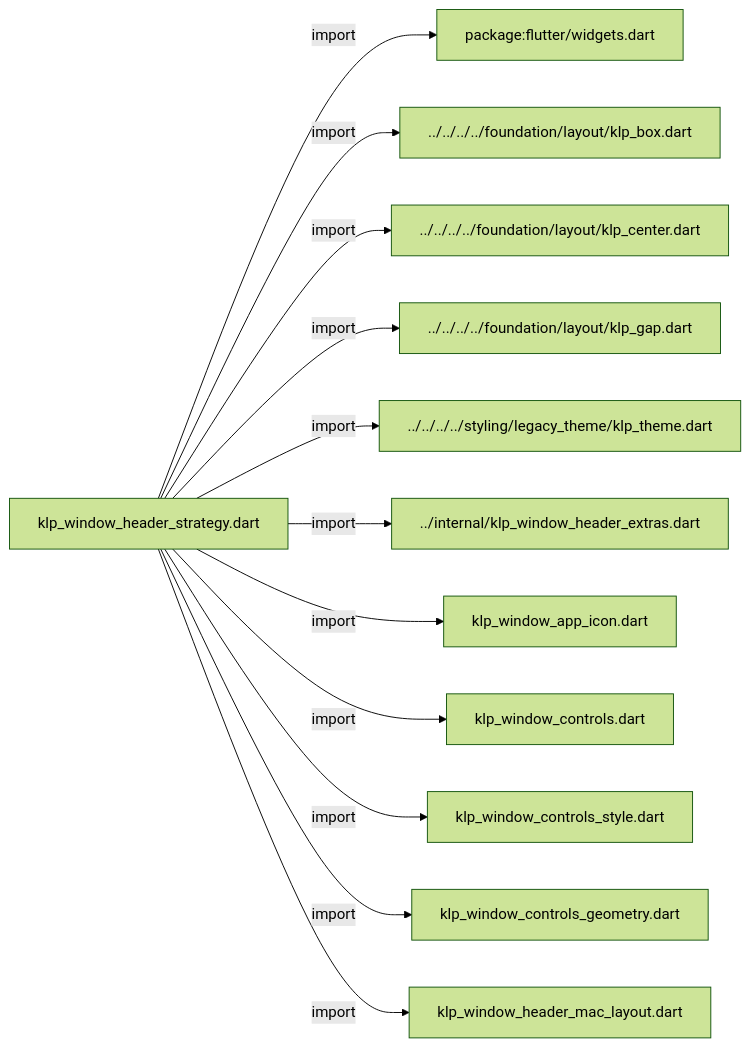
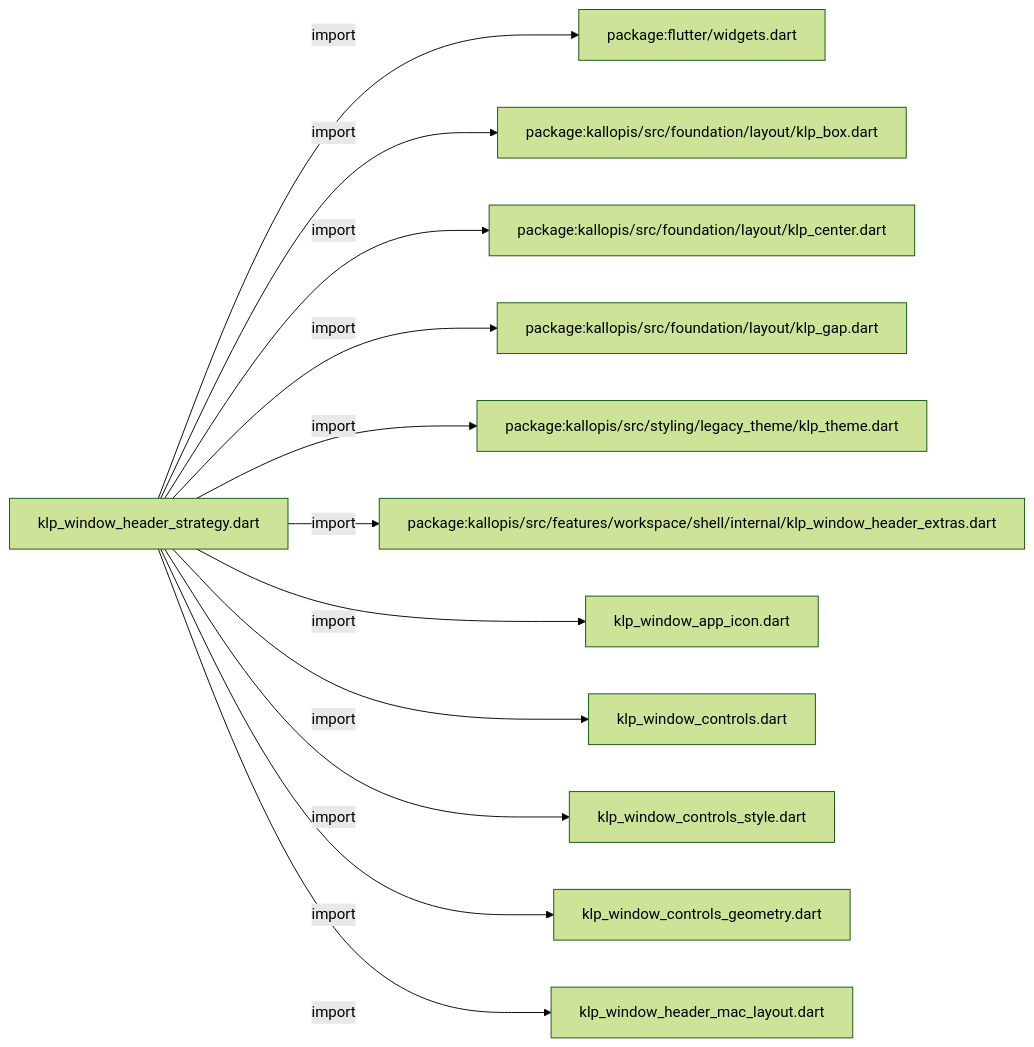
One commit to MiuDog/Kallopis changed the first of 3 diagrams in docs/architecture/src/features/workspace/shell/window/klp_window_header_strategy.md. Above: the diagram before and after it, drawn with Mermaid (forest theme). The commit also changed other lines of this file and 9688 other files, not shown here.

Commit message:
Prepare isolated Flow F2 peer baseline

````diff
--- a/docs/architecture/src/features/workspace/shell/window/klp_window_header_strategy.md
+++ b/docs/architecture/src/features/workspace/shell/window/klp_window_header_strategy.md
@@ -11,26 +11,26 @@
 ```mermaid
 flowchart LR
 	n0["klp_window_header_strategy.dart"]
 	n1["package:flutter/widgets.dart"]
-	n2["../../../../foundation/layout/klp_box.dart"]
-	n3["../../../../foundation/layout/klp_center.dart"]
-	n4["../../../../foundation/layout/klp_gap.dart"]
-	n5["../../../../styling/legacy_theme/klp_theme.dart"]
-	n6["../internal/klp_window_header_extras.dart"]
+	n2["package:kallopis/src/foundation/layout/klp_box.dart"]
+	n3["package:kallopis/src/foundation/layout/klp_center.dart"]
+	n4["package:kallopis/src/foundation/layout/klp_gap.dart"]
+	n5["package:kallopis/src/styling/legacy_theme/klp_theme.dart"]
+	n6["package:kallopis/src/features/workspace/shell/internal/klp_window_header_extras.dart"]
 	n7["klp_window_app_icon.dart"]
 	n8["klp_window_controls.dart"]
 	n9["klp_window_controls_style.dart"]
 	n10["klp_window_controls_geometry.dart"]
 	n11["klp_window_header_mac_layout.dart"]
 	n0 -->|"import"| n1
 	n0 -->|"import"| n2
 	n0 -->|"import"| n3
 	n0 -->|"import"| n4
 	n0 -->|"import"| n5
 	n0 -->|"import"| n6
 	n0 -->|"import"| n7
 	n0 -->|"import"| n8
 	n0 -->|"import"| n9
 	n0 -->|"import"| n10
 	n0 -->|"import"| n11
 ```
````
